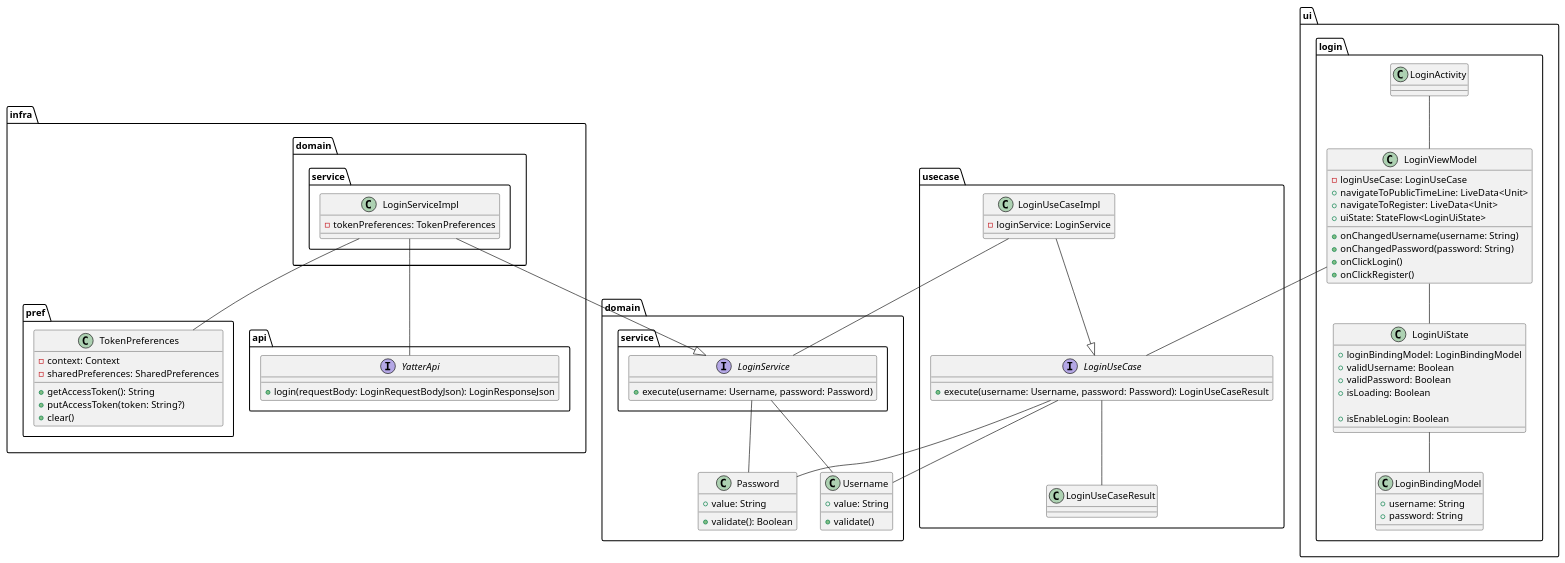
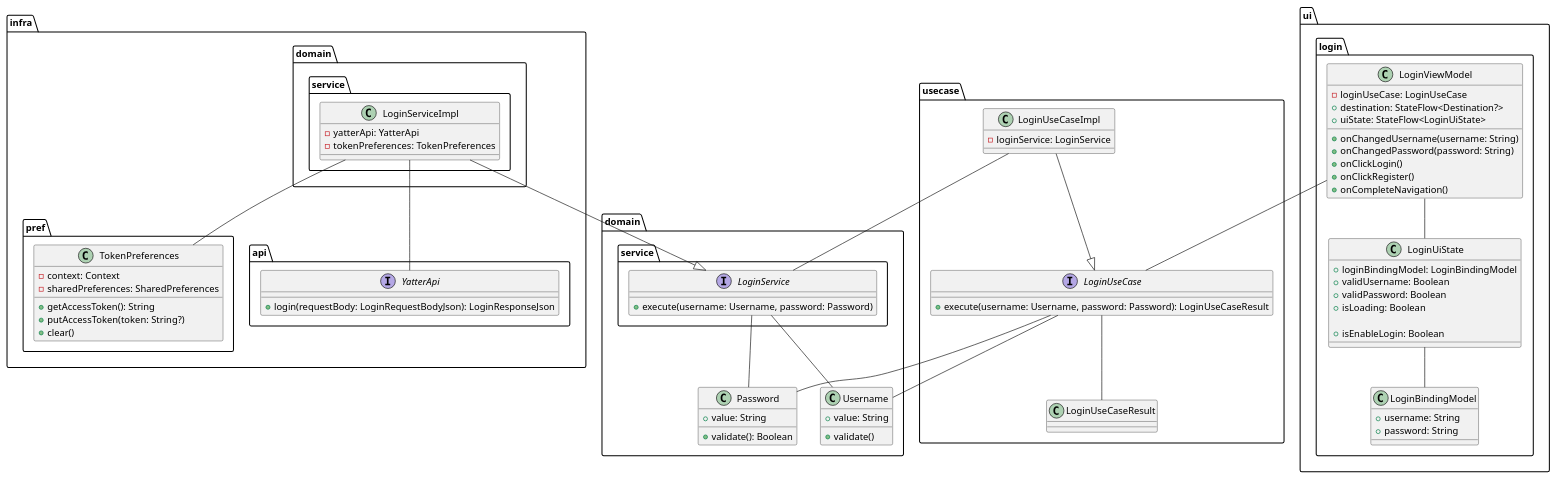
Before and after one commit to suzukibelltree/Yatter2025-Internship: the diagram in design/login.puml, drawn with PlantUML. The commit also changed 4 other files, not shown here.

```diff
--- a/design/login.puml
+++ b/design/login.puml
@@ -1,108 +1,107 @@
 @startuml
 
 package domain {
   class Password {
     + value: String
     + validate(): Boolean
   }
 
   class Username {
     + value: String
     + validate()
   }
 
   package service {
     interface LoginService {
       + execute(username: Username, password: Password)
     }
   }
 }
 
 package infra {
   package pref {
     class TokenPreferences {
       - context: Context
       - sharedPreferences: SharedPreferences
       + getAccessToken(): String
       + putAccessToken(token: String?)
       + clear()
     }
   }
 
   package domain {
     package service {
       class LoginServiceImpl {
+        - yatterApi: YatterApi
         - tokenPreferences: TokenPreferences
       }
     }
   }
 
   package api {
     interface YatterApi {
       + login(requestBody: LoginRequestBodyJson): LoginResponseJson
     }
   }
 }
 
 package usecase {
   interface LoginUseCase {
     + execute(username: Username, password: Password): LoginUseCaseResult
   }
 
   class LoginUseCaseImpl {
     - loginService: LoginService
   }
 
   class LoginUseCaseResult {
   }
 }
 
 package ui {
   package login {
-    class LoginActivity
     class LoginViewModel {
       - loginUseCase: LoginUseCase
-      + navigateToPublicTimeLine: LiveData<Unit>
-      + navigateToRegister: LiveData<Unit>
+      + destination: StateFlow<Destination?>
       + uiState: StateFlow<LoginUiState>
 
       + onChangedUsername(username: String)
       + onChangedPassword(password: String)
       + onClickLogin()
       + onClickRegister()
+      + onCompleteNavigation()
     }
     class LoginUiState {
       + loginBindingModel: LoginBindingModel
       + validUsername: Boolean
       + validPassword: Boolean
       + isLoading: Boolean
 
       + isEnableLogin: Boolean
     }
     class LoginBindingModel {
       + username: String
       + password: String
     }
   }
 }
 
 LoginServiceImpl -- TokenPreferences
 LoginServiceImpl -- YatterApi
 LoginServiceImpl --|> LoginService
 
-LoginActivity -- LoginViewModel
 LoginViewModel -- LoginUseCase
 LoginViewModel -- LoginUiState
 LoginUiState -- LoginBindingModel
 
 LoginUseCaseImpl -- LoginService
 LoginUseCaseImpl --|> LoginUseCase
 
 LoginUseCase -- LoginUseCaseResult
 
 LoginUseCase -- Username
 LoginUseCase -- Password
 
 LoginService -- Username
 LoginService -- Password
 @enduml
```
